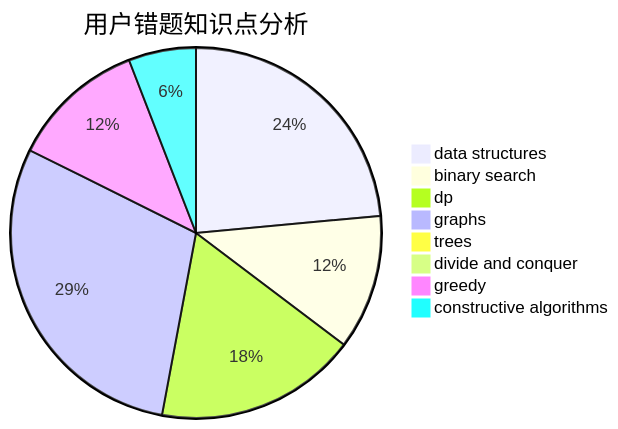
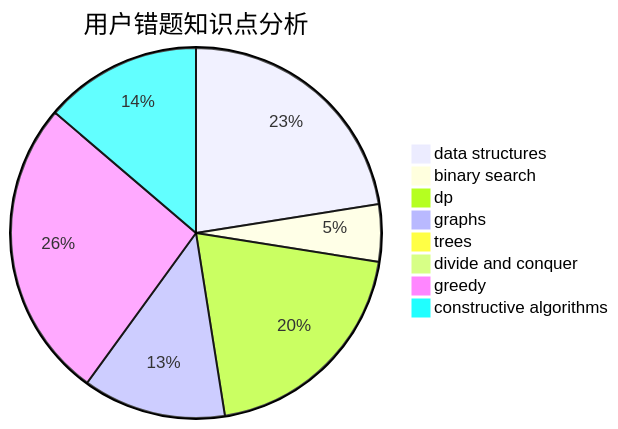
The third of 3 diagrams in docs/user/u2121.md (sherpahu/cfrs.github.io), drawn with Mermaid before and after one commit. The commit also changed other lines of this file and 2770 other files, not shown here.

````diff
--- a/docs/user/u2121.md
+++ b/docs/user/u2121.md
@@ -36,11 +36,11 @@
 ```mermaid
 pie title 用户错题知识点分析
-    "data structures" :  8
+    "data structures" :  18
     "binary search" :  4
-    "dp" :  6
+    "dp" :  16
     "graphs" :  10
     "trees" :  0
     "divide and conquer" :  0
-    "greedy" :  4
-    "constructive algorithms" :  2
+    "greedy" :  21
+    "constructive algorithms" :  11
 ```
````
